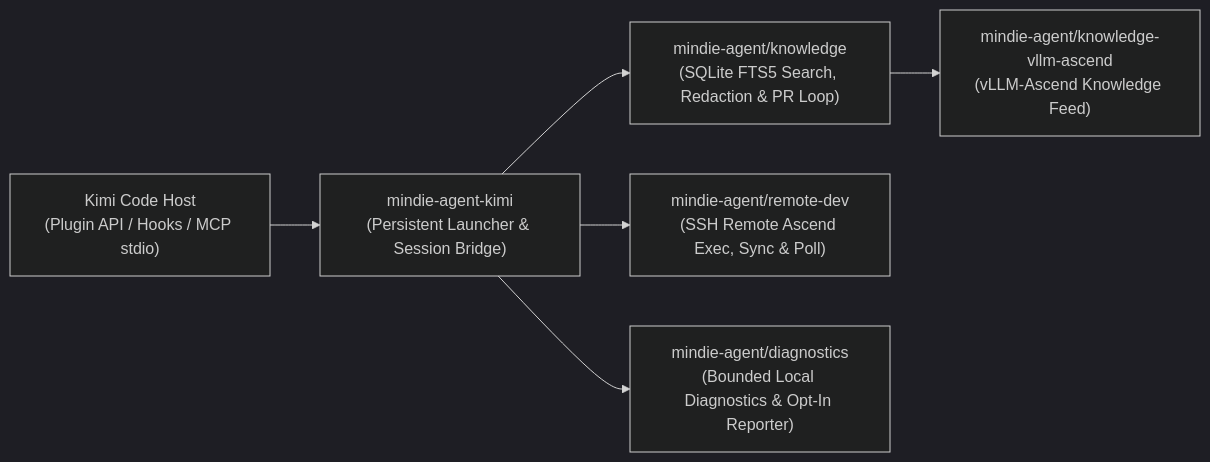
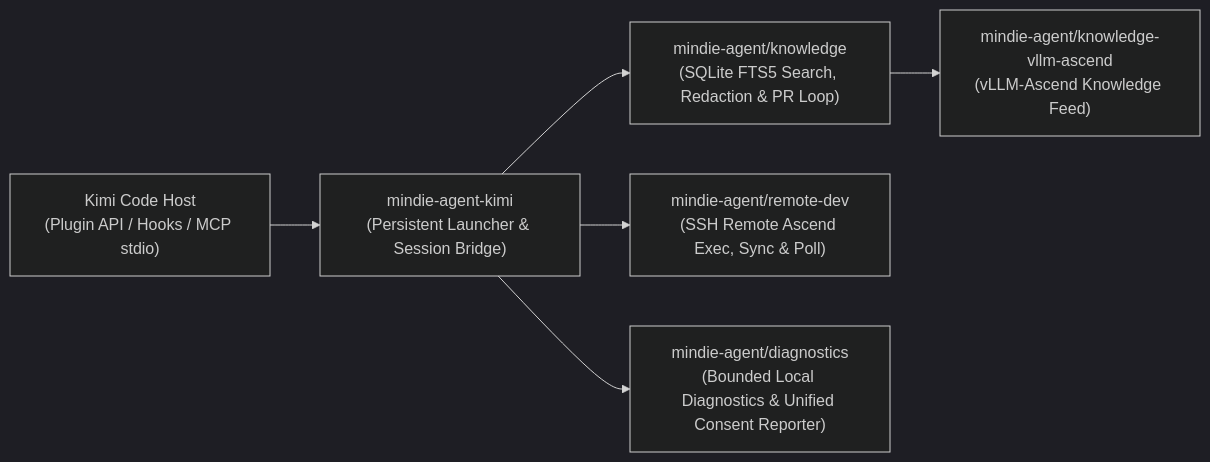
Before and after one commit to mindie-agent/mindie-agent-kimi: the diagram in README.en.md, drawn with Mermaid (dark theme). The commit also changed other lines of this file and 8 other files, not shown here.

Commit message:
docs: refine 0.0.2 release documentation and unified consent references

````diff
--- a/README.en.md
+++ b/README.en.md
@@ -188,8 +191,8 @@
 ```mermaid
 flowchart LR
   Kimi["Kimi Code Host<br/>(Plugin API / Hooks / MCP stdio)"] --> Launcher["mindie-agent-kimi<br/>(Persistent Launcher & Session Bridge)"]
   Launcher --> Knowledge["mindie-agent/knowledge<br/>(SQLite FTS5 Search, Redaction & PR Loop)"]
   Knowledge --> Feed["mindie-agent/knowledge-vllm-ascend<br/>(vLLM-Ascend Knowledge Feed)"]
   Launcher --> RemoteDev["mindie-agent/remote-dev<br/>(SSH Remote Ascend Exec, Sync & Poll)"]
-  Launcher --> Diagnostics["mindie-agent/diagnostics<br/>(Bounded Local Diagnostics & Opt-In Reporter)"]
+  Launcher --> Diagnostics["mindie-agent/diagnostics<br/>(Bounded Local Diagnostics & Unified Consent Reporter)"]
 ```
````
